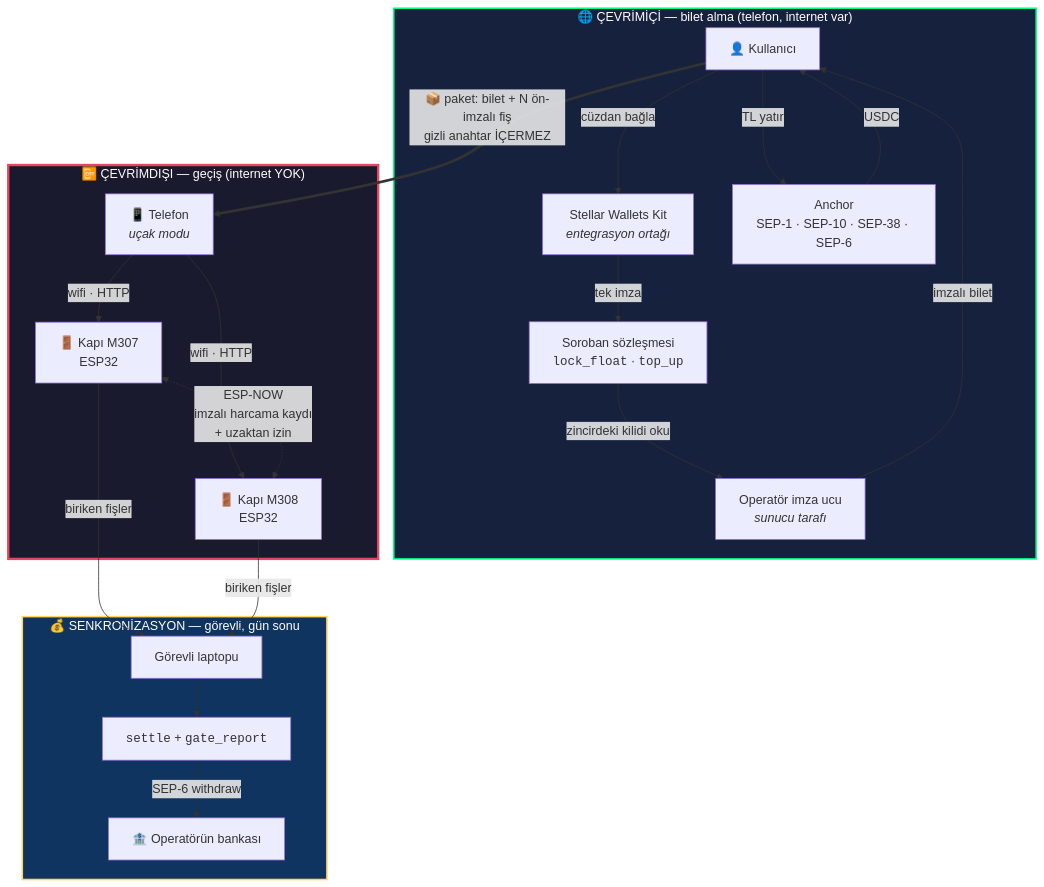
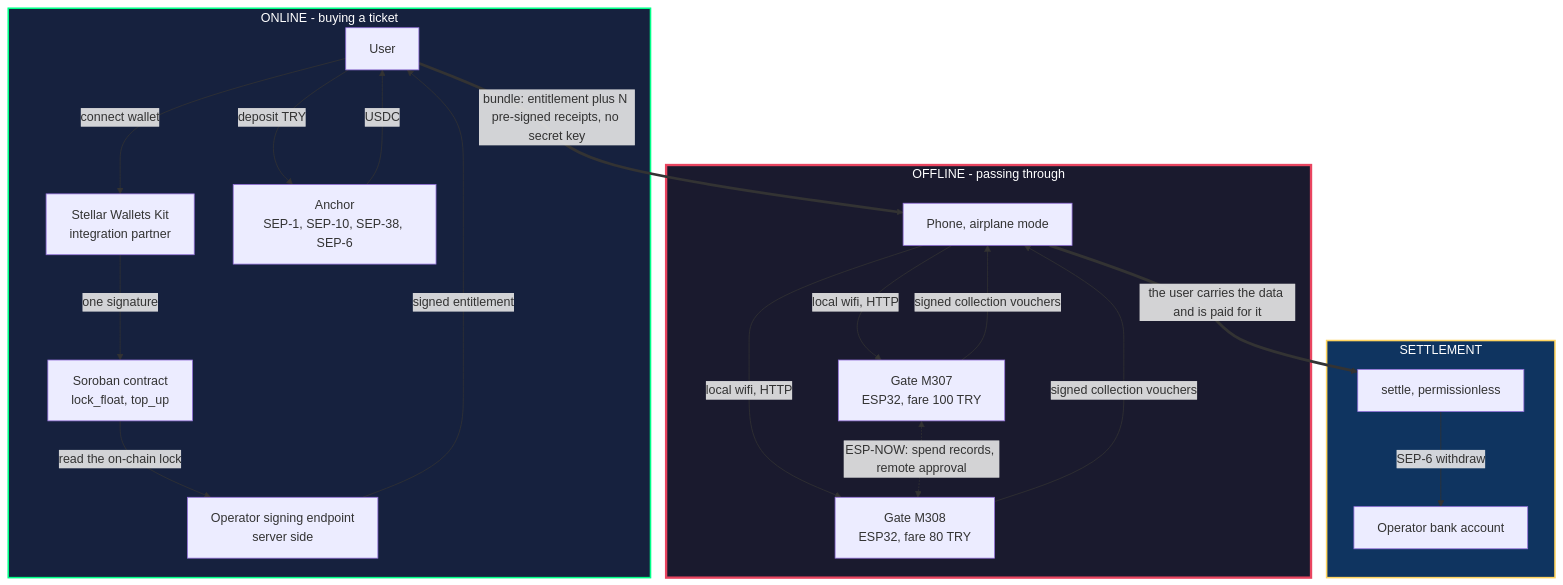
Before and after one commit to hyrlhc/offgate: the diagram in README.md, drawn with Mermaid. The commit also changed other lines of this file and 2 other files, not shown here.

````diff
--- a/README.md
+++ b/README.md
@@ -51,45 +70,44 @@
 ```mermaid
 flowchart TB
-    subgraph online["🌐 ÇEVRİMİÇİ — bilet alma (telefon, internet var)"]
-        U["👤 Kullanıcı"]
-        WK["Stellar Wallets Kit<br/><i>entegrasyon ortağı</i>"]
-        AN["Anchor<br/>SEP-1 · SEP-10 · SEP-38 · SEP-6"]
-        OP["Operatör imza ucu<br/><i>sunucu tarafı</i>"]
-        SC["Soroban sözleşmesi<br/><code>lock_float</code> · <code>top_up</code>"]
+    subgraph online["ONLINE - buying a ticket"]
+        U["User"]
+        WK["Stellar Wallets Kit<br/>integration partner"]
+        AN["Anchor<br/>SEP-1, SEP-10, SEP-38, SEP-6"]
+        OP["Operator signing endpoint<br/>server side"]
+        SC["Soroban contract<br/>lock_float, top_up"]
 
-        U -->|"cüzdan bağla"| WK
-        WK -->|"tek imza"| SC
-        U -->|"TL yatır"| AN
+        U -->|"connect wallet"| WK
+        WK -->|"one signature"| SC
+        U -->|"deposit TRY"| AN
         AN -->|"USDC"| U
-        SC -->|"zincirdeki kilidi oku"| OP
-        OP -->|"imzalı bilet"| U
+        SC -->|"read the on-chain lock"| OP
+        OP -->|"signed entitlement"| U
     end
 
-    U ==>|"📦 paket: bilet + N ön-imzalı fiş<br/>gizli anahtar İÇERMEZ"| P
+    U ==>|"bundle: entitlement plus N pre-signed receipts, no secret key"| P
 
-    subgraph offline["📴 ÇEVRİMDIŞI — geçiş (internet YOK)"]
-        P["📱 Telefon<br/><i>uçak modu</i>"]
-        G1["🚪 Kapı M307<br/>ESP32"]
-        G2["🚪 Kapı M308<br/>ESP32"]
+    subgraph offline["OFFLINE - passing through"]
+        P["Phone, airplane mode"]
+        G1["Gate M307<br/>ESP32, fare 100 TRY"]
+        G2["Gate M308<br/>ESP32, fare 80 TRY"]
 
-        P -->|"wifi · HTTP"| G1
-        P -->|"wifi · HTTP"| G2
-        G1 <-.->|"ESP-NOW<br/>imzalı harcama kaydı<br/>+ uzaktan izin"| G2
+        P -->|"local wifi, HTTP"| G1
+        P -->|"local wifi, HTTP"| G2
+        G1 <-.->|"ESP-NOW: spend records, remote approval"| G2
     end
 
-    subgraph settle["💰 SENKRONİZASYON — görevli, gün sonu"]
-        SY["Görevli laptopu"]
-        SC2["<code>settle</code> + <code>gate_report</code>"]
-        BK["🏦 Operatörün bankası"]
+    subgraph chain["SETTLEMENT"]
+        CA["settle, permissionless"]
+        BK["Operator bank account"]
 
-        SY --> SC2
-        SC2 -->|"SEP-6 withdraw"| BK
+        CA -->|"SEP-6 withdraw"| BK
     end
 
-    G1 -->|"biriken fişler"| SY
-    G2 -->|"biriken fişler"| SY
+    G1 -->|"signed collection vouchers"| P
+    G2 -->|"signed collection vouchers"| P
+    P ==>|"the user carries the data and is paid for it"| CA
 
     style offline fill:#1a1a2e,stroke:#e94560,stroke-width:3px,color:#fff
     style online fill:#16213e,stroke:#0f8,stroke-width:2px,color:#fff
-    style settle fill:#0f3460,stroke:#ffd460,stroke-width:2px,color:#fff
+    style chain fill:#0f3460,stroke:#ffd460,stroke-width:2px,color:#fff
 ```
````
